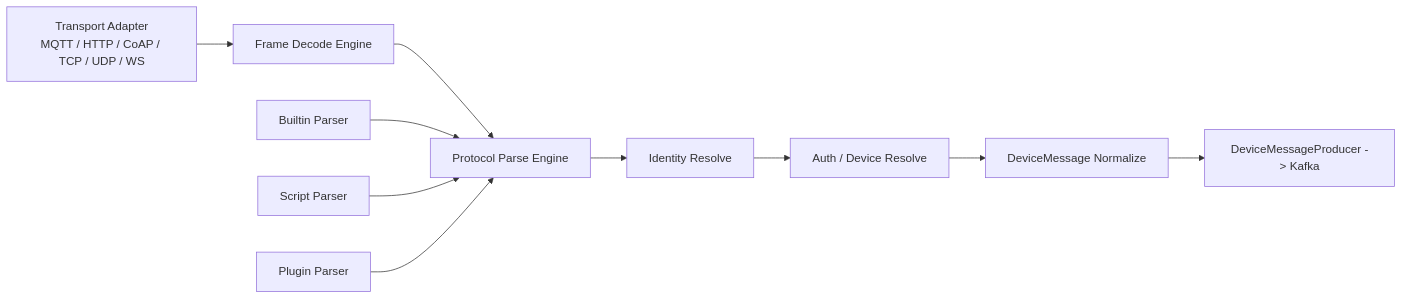
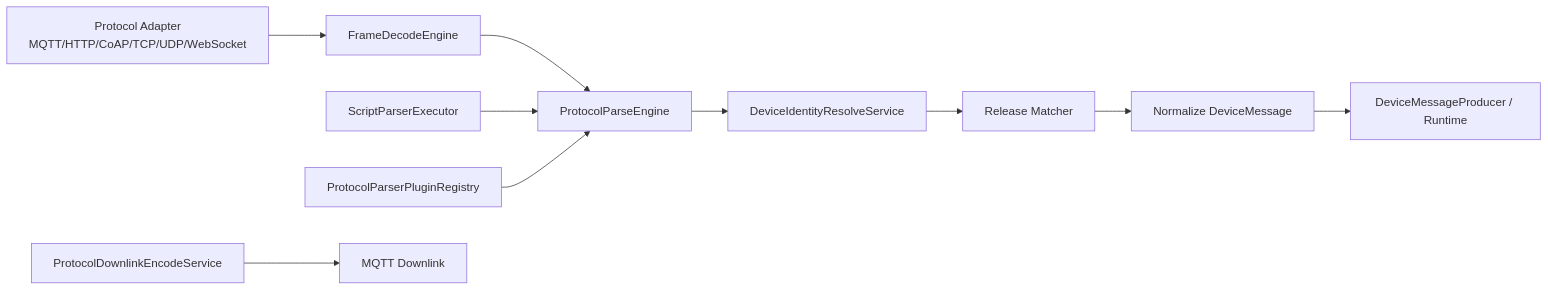
The diagram in docs/detailed-design-custom-protocol-parser.md (Sunhg2017/firefly-iot), drawn with Mermaid before and after one commit. The commit also changed other lines of this file and 2 other files, not shown here.

Commit message:
docs: update custom protocol parser docs

````diff
--- a/docs/detailed-design-custom-protocol-parser.md
+++ b/docs/detailed-design-custom-protocol-parser.md
@@ -152,13 +75,13 @@
 ```mermaid
 flowchart LR
-  A["Transport Adapter<br/>MQTT / HTTP / CoAP / TCP / UDP / WS"] --> B["Frame Decode Engine"]
-  B --> C["Protocol Parse Engine"]
-  C --> D["Identity Resolve"]
-  D --> E["Auth / Device Resolve"]
-  E --> F["DeviceMessage Normalize"]
-  F --> G["DeviceMessageProducer -> Kafka"]
+  A["Protocol Adapter<br/>MQTT/HTTP/CoAP/TCP/UDP/WebSocket"] --> B["FrameDecodeEngine"]
+  B --> C["ProtocolParseEngine"]
+  C --> D["DeviceIdentityResolveService"]
+  D --> E["Release Matcher"]
+  E --> F["Normalize DeviceMessage"]
+  F --> G["DeviceMessageProducer / Runtime"]
 
-  H["Builtin Parser"] --> C
-  I["Script Parser"] --> C
-  J["Plugin Parser"] --> C
+  H["ScriptParserExecutor"] --> C
+  I["ProtocolParserPluginRegistry"] --> C
+  J["ProtocolDownlinkEncodeService"] --> K["MQTT Downlink"]
 ```
````
